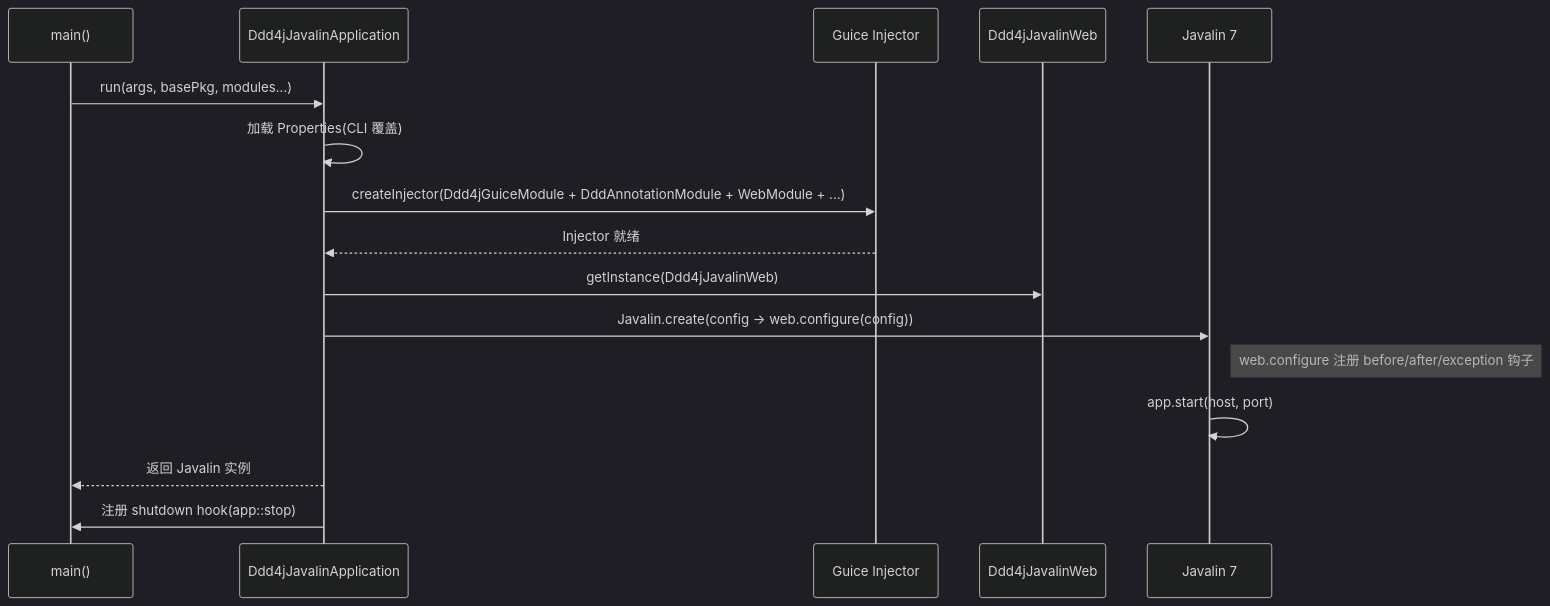
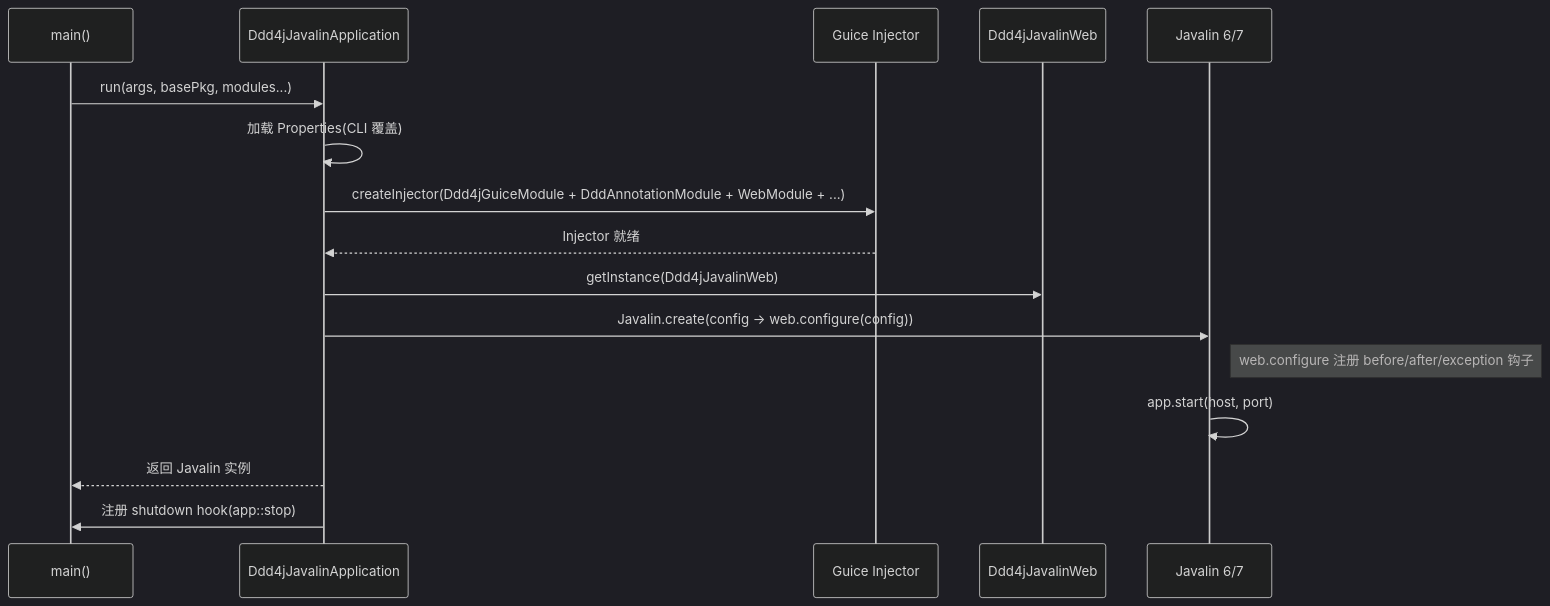
One commit to ddd-4-java/ddd4j-javalin changed the diagram in docs/architecture.md. Above: the diagram before and after it, drawn with Mermaid (dark theme). The commit also changed 4 other files, not shown here.

````diff
--- a/docs/architecture.md
+++ b/docs/architecture.md
@@ -50,19 +50,19 @@
 ```mermaid
 sequenceDiagram
     participant Main as main()
     participant App as Ddd4jJavalinApplication
     participant Guice as Guice Injector
     participant Web as Ddd4jJavalinWeb
-    participant Javalin as Javalin 7
+    participant Javalin as Javalin 6/7
 
     Main->>App: run(args, basePkg, modules...)
     App->>App: 加载 Properties(CLI 覆盖)
     App->>Guice: createInjector(Ddd4jGuiceModule + DddAnnotationModule + WebModule + ...)
     Guice-->>App: Injector 就绪
     App->>Web: getInstance(Ddd4jJavalinWeb)
     App->>Javalin: Javalin.create(config -> web.configure(config))
     Note right of Javalin: web.configure 注册 before/after/exception 钩子
     Javalin->>Javalin: app.start(host, port)
     App-->>Main: 返回 Javalin 实例
     App->>Main: 注册 shutdown hook(app::stop)
 ```
````
